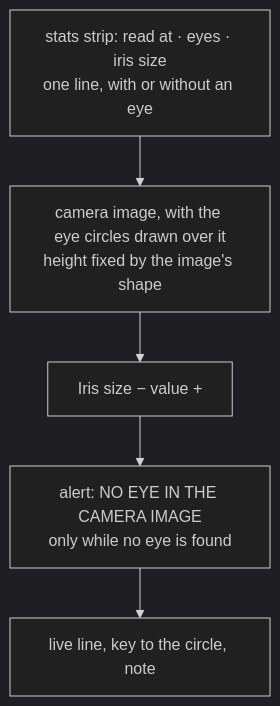
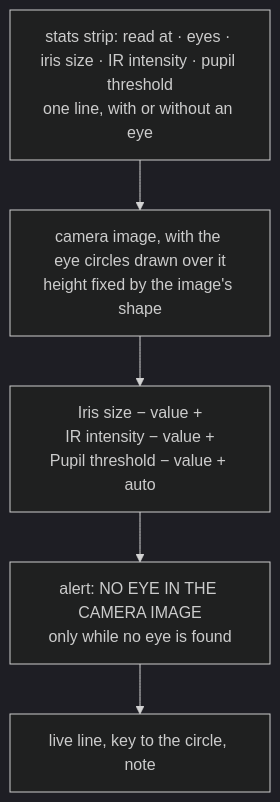
The fourth of 6 diagrams in docs/live_monitor.md (sh4r11f/alhazen), drawn with Mermaid (dark theme) before and after one commit. The commit also changed 18 other files, not shown here.

Commit message:
Live monitor: IR intensity and pupil threshold beside the iris size (TRACKPixx3)

````diff
--- a/docs/live_monitor.md
+++ b/docs/live_monitor.md
@@ -842,9 +842,9 @@
 ```mermaid
 flowchart TB
-  S["stats strip: read at · eyes · iris size<br/>one line, with or without an eye"]
+  S["stats strip: read at · eyes · iris size · IR intensity · pupil threshold<br/>one line, with or without an eye"]
   I["camera image, with the eye circles drawn over it<br/>height fixed by the image's shape"]
-  C["Iris size − value +"]
+  C["Iris size − value +<br/>IR intensity − value +<br/>Pupil threshold − value + auto"]
   A["alert: NO EYE IN THE CAMERA IMAGE<br/>only while no eye is found"]
   L["live line, key to the circle, note"]
   S --> I --> C --> A --> L
 ```
````
